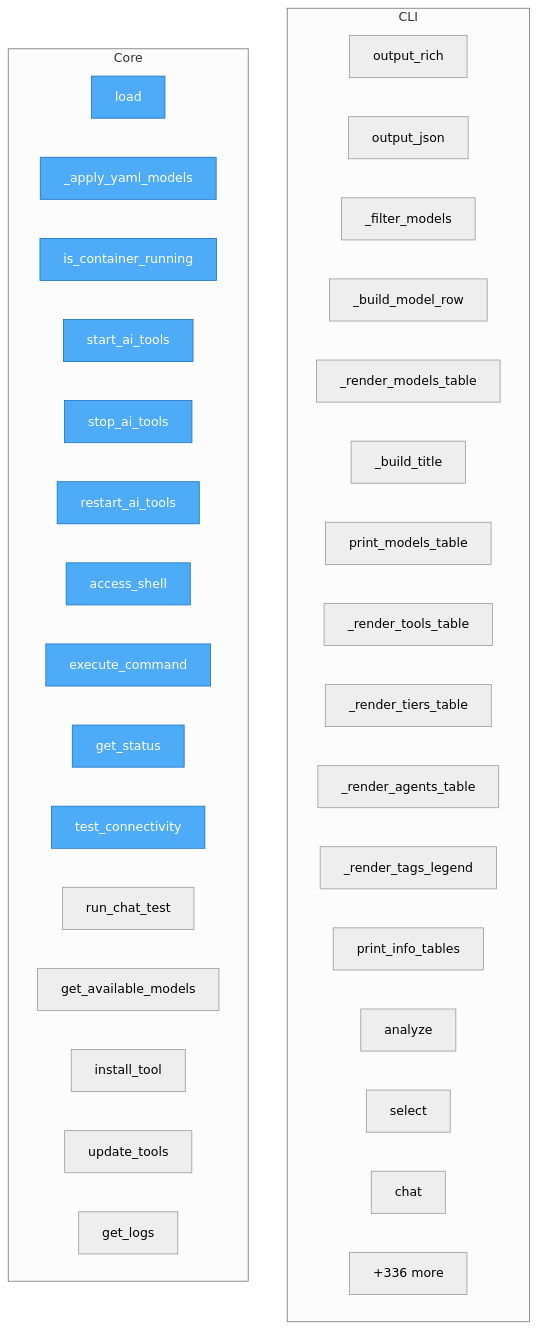
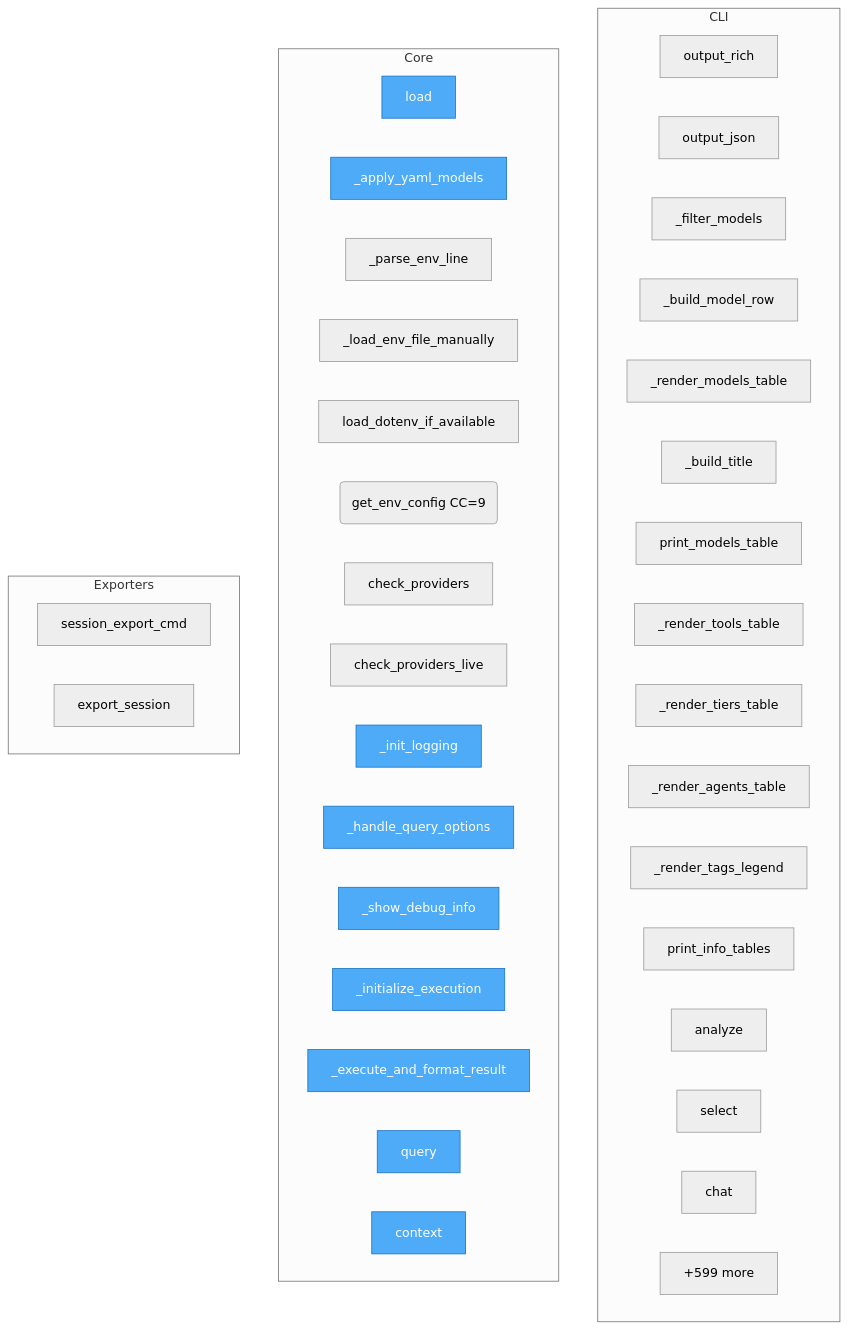
One commit to semcod/llx changed the diagram in project/flow.mmd. Above: the diagram before and after it, drawn with Mermaid (neutral theme). The commit also changed 96 other files, not shown here.

```diff
--- a/project/flow.mmd
+++ b/project/flow.mmd
@@ -1,44 +1,49 @@
 flowchart TD
 
     %% Entry points (blue)
     classDef entry fill:#4dabf7,stroke:#1971c2,color:#fff
 
     subgraph CLI
         llx__cli__formatters__output_rich["output_rich"]
         llx__cli__formatters__output_json["output_json"]
         llx__cli__formatters___filter_models["_filter_models"]
         llx__cli__formatters___build_model_row["_build_model_row"]
         llx__cli__formatters___render_models_table["_render_models_table"]
         llx__cli__formatters___build_title["_build_title"]
         llx__cli__formatters__print_models_table["print_models_table"]
         llx__cli__formatters___render_tools_table["_render_tools_table"]
         llx__cli__formatters___render_tiers_table["_render_tiers_table"]
         llx__cli__formatters___render_agents_table["_render_agents_table"]
         llx__cli__formatters___render_tags_legend["_render_tags_legend"]
         llx__cli__formatters__print_info_tables["print_info_tables"]
         llx__cli__app__analyze["analyze"]
         llx__cli__app__select["select"]
         llx__cli__app__chat["chat"]
         ...["+11 more"]
     end
 
     subgraph Core
         llx__config__LlxConfig__load["load"]
         llx__config___apply_yaml_models["_apply_yaml_models"]
-        llx__AIToolsManager__is_container_running["is_container_running"]
-        llx__tools__ai_tools_manager__AIToolsManager__start_ai_tools["start_ai_tools"]
-        llx__tools__ai_tools_manager__AIToolsManager__stop_ai_tools["stop_ai_tools"]
-        llx__AIToolsManager__restart_ai_tools["restart_ai_tools"]
-        llx__tools__ai_tools_manager__AIToolsManager__access_shell["access_shell"]
-        llx__AIToolsManager__execute_command["execute_command"]
-        llx__tools__ai_tools_manager__AIToolsManager__get_status["get_status"]
-        llx__AIToolsManager__test_connectivity["test_connectivity"]
-        llx__tools__ai_tools_manager__AIToolsManager__run_chat_test["run_chat_test"]
-        llx__AIToolsManager__get_available_models["get_available_models"]
-        llx__tools__ai_tools_manager__AIToolsManager__install_tool["install_tool"]
-        llx__tools__ai_tools_manager__AIToolsManager__update_tools["update_tools"]
-        llx__tools__ai_tools_manager__AIToolsManager__get_logs["get_logs"]
-        ...["+336 more"]
+        llx__prellm__env_config___parse_env_line["_parse_env_line"]
+        llx__prellm__env_config___load_env_file_manually["_load_env_file_manually"]
+        llx__prellm__env_config__load_dotenv_if_available["load_dotenv_if_available"]
+        llx__prellm__env_config__get_env_config("get_env_config CC=9")
+        llx__prellm__env_config__check_providers["check_providers"]
+        llx__prellm__env_config__check_providers_live["check_providers_live"]
+        llx__prellm__cli___init_logging["_init_logging"]
+        llx__prellm__cli___handle_query_options["_handle_query_options"]
+        llx__prellm__cli___show_debug_info["_show_debug_info"]
+        llx__prellm__cli___initialize_execution["_initialize_execution"]
+        llx__prellm__cli___execute_and_format_result["_execute_and_format_result"]
+        llx__prellm__cli__query["query"]
+        llx__prellm__cli__context["context"]
+        ...["+599 more"]
     end
 
-    class llx__config__LlxConfig__load,llx__config___apply_yaml_models,llx__AIToolsManager__is_container_running,llx__tools__ai_tools_manager__AIToolsManager__start_ai_tools,llx__tools__ai_tools_manager__AIToolsManager__stop_ai_tools,llx__AIToolsManager__restart_ai_tools,llx__tools__ai_tools_manager__AIToolsManager__access_shell,llx__AIToolsManager__execute_command,llx__tools__ai_tools_manager__AIToolsManager__get_status,llx__AIToolsManager__test_connectivity entry
+    subgraph Exporters
+        llx__prellm__cli__session_export_cmd["session_export_cmd"]
+        llx__UserMemory__export_session["export_session"]
+    end
+
+    class llx__config__LlxConfig__load,llx__config___apply_yaml_models,llx__prellm__cli___init_logging,llx__prellm__cli___handle_query_options,llx__prellm__cli___show_debug_info,llx__prellm__cli___initialize_execution,llx__prellm__cli___execute_and_format_result,llx__prellm__cli__query,llx__prellm__cli__context,llx__prellm__cli__process entry
```
